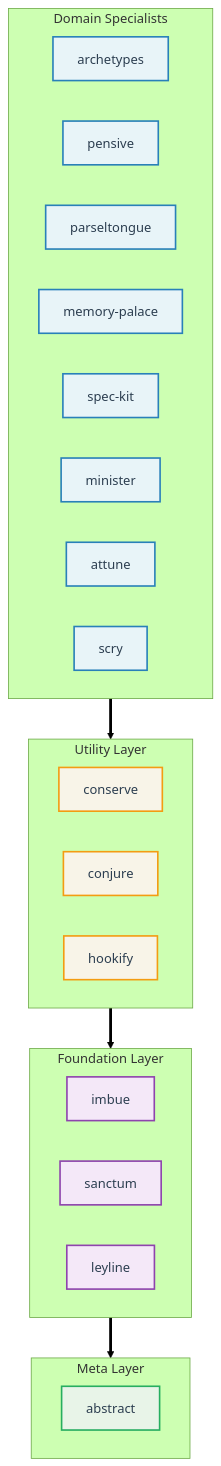
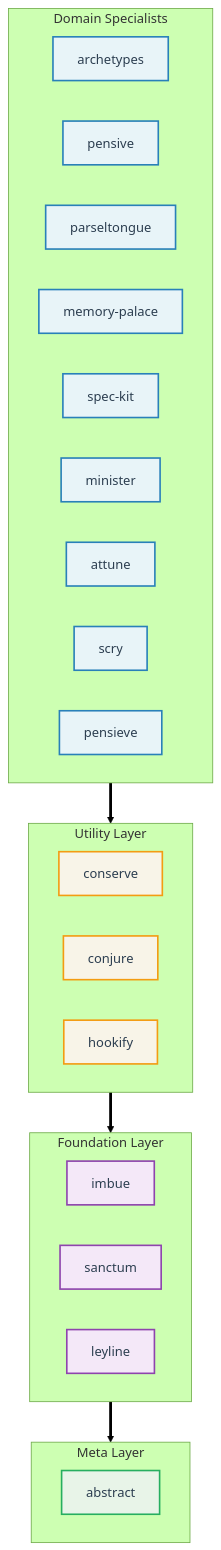
The diagram in README.md (athola/claude-night-market), drawn with Mermaid (forest theme) before and after one commit. The commit also changed other lines of this file and 59 other files, not shown here.

````diff
--- a/README.md
+++ b/README.md
@@ -44,40 +46,41 @@
 ```mermaid
 flowchart TB
     classDef domainClass fill:#e8f4f8,stroke:#2980b9,stroke-width:2px,color:#2c3e50
     classDef utilityClass fill:#f8f4e8,stroke:#f39c12,stroke-width:2px,color:#2c3e50
     classDef foundationClass fill:#f4e8f8,stroke:#8e44ad,stroke-width:2px,color:#2c3e50
     classDef metaClass fill:#e8f4e8,stroke:#27ae60,stroke-width:2px,color:#2c3e50
 
     subgraph Domain["Domain Specialists"]
         direction LR
         D1[archetypes]:::domainClass
         D2[pensive]:::domainClass
         D3[parseltongue]:::domainClass
         D4[memory-palace]:::domainClass
         D5[spec-kit]:::domainClass
         D6[minister]:::domainClass
         D7[attune]:::domainClass
         D8[scry]:::domainClass
+        D9[pensieve]:::domainClass
     end
 
     subgraph Utility["Utility Layer"]
         direction LR
         U1[conserve]:::utilityClass
         U2[conjure]:::utilityClass
         U3[hookify]:::utilityClass
     end
 
     subgraph Foundation["Foundation Layer"]
         direction LR
         F1[imbue]:::foundationClass
         F2[sanctum]:::foundationClass
         F3[leyline]:::foundationClass
     end
 
     subgraph Meta["Meta Layer"]
         direction LR
         M1[abstract]:::metaClass
     end
 
     Domain ==> Utility ==> Foundation ==> Meta
 ```
````
